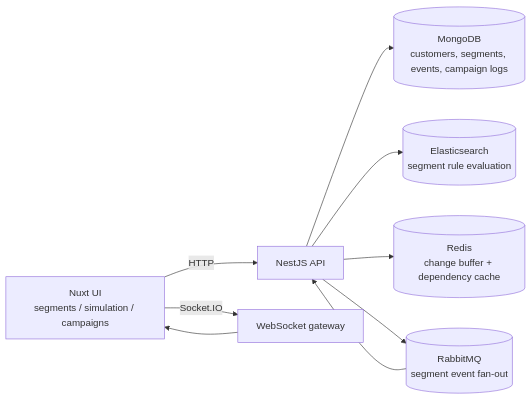
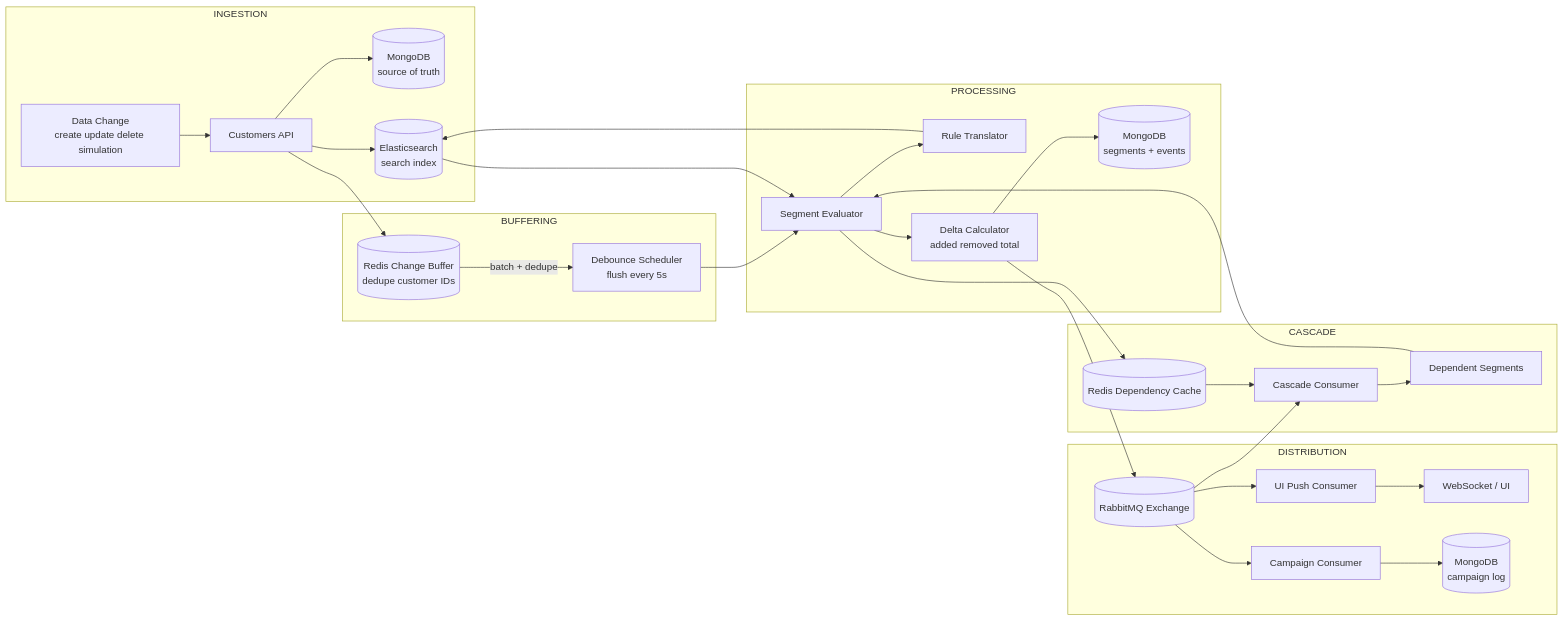
Before and after one commit to IaGugunava/drift-happens: the first of 3 diagrams in README.md, drawn with Mermaid. The commit also changed other lines of this file, not shown here.

````diff
--- a/README.md
+++ b/README.md
@@ -121,20 +121,67 @@
 ```mermaid
 flowchart LR
-    UI[Nuxt UI<br/>segments / simulation / campaigns]
-    API[NestJS API]
-    Mongo[(MongoDB<br/>customers, segments, events, campaign logs)]
-    ES[(Elasticsearch<br/>segment rule evaluation)]
-    Redis[(Redis<br/>change buffer + dependency cache)]
-    MQ[(RabbitMQ<br/>segment event fan-out)]
-    WS[WebSocket gateway]
+    %% -------------------- INGESTION --------------------
+    subgraph INGESTION
+        DC[Data Change<br/>create update delete simulation]
+        API[Customers API]
+        MDB[(MongoDB<br/>source of truth)]
+        ES[(Elasticsearch<br/>search index)]
+    end
 
-    UI -->|HTTP| API
-    UI -->|Socket.IO| WS
-    WS --> UI
+    %% -------------------- BUFFERING --------------------
+    subgraph BUFFERING
+        BUF[(Redis Change Buffer<br/>dedupe customer IDs)]
+        CRON[Debounce Scheduler<br/>flush every 5s]
+    end
 
-    API --> Mongo
+    %% -------------------- PROCESSING --------------------
+    subgraph PROCESSING
+        SE[Segment Evaluator]
+        RT[Rule Translator]
+        DELTA[Delta Calculator<br/>added removed total]
+        SEGDB[(MongoDB<br/>segments + events)]
+    end
+
+    %% -------------------- DISTRIBUTION --------------------
+    subgraph DISTRIBUTION
+        MQ[(RabbitMQ Exchange)]
+        WS[UI Push Consumer]
+        UI[WebSocket / UI]
+        CAMP[Campaign Consumer]
+        CAMPDB[(MongoDB<br/>campaign log)]
+    end
+
+    %% -------------------- CASCADE --------------------
+    subgraph CASCADE
+        DEP[(Redis Dependency Cache)]
+        CAS[Cascade Consumer]
+        DSEG[Dependent Segments]
+    end
+
+    %% -------------------- FLOWS --------------------
+
+    DC --> API
+    API --> MDB
     API --> ES
-    API --> Redis
-    API --> MQ
-    MQ --> API
+    API --> BUF
+
+    BUF -->|batch + dedupe| CRON
+    CRON --> SE
+
+    SE --> RT
+    RT --> ES
+    ES --> SE
+
+    SE --> DELTA
+    DELTA --> SEGDB
+    DELTA --> MQ
+
+    MQ --> WS --> UI
+    MQ --> CAMP --> CAMPDB
+
+    SE --> DEP
+    MQ --> CAS
+    DEP --> CAS
+    CAS --> DSEG
+    DSEG --> SE
 ```
````
